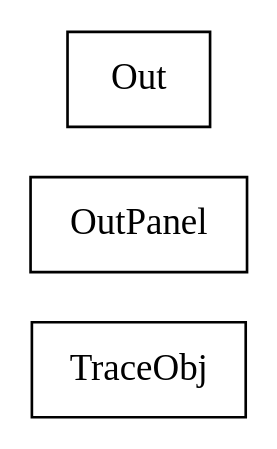
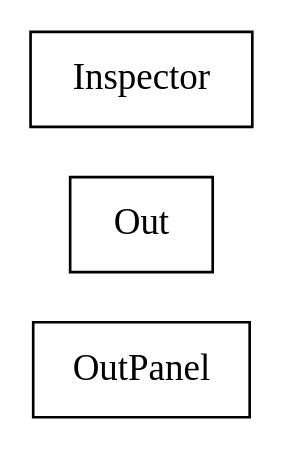
The diagram in docs/com/sekati/log/classes.dot (sekati/sasapi), drawn with Graphviz before and after one commit. The commit also changed 126 other files, not shown here.

```diff
--- a/docs/com/sekati/log/classes.dot
+++ b/docs/com/sekati/log/classes.dot
@@ -1,21 +1,21 @@
 strict digraph class_diagram {
   rankdir=LR;
-  TypeTraceObj[
-    label="TraceObj",
-    URL="TraceObj.html",
-    tooltip="com.sekati.log.TraceObj",
-    shape="record"
-  ];
   TypeOutPanel[
     label="OutPanel",
     URL="OutPanel.html",
     tooltip="com.sekati.log.OutPanel",
     shape="record"
   ];
   TypeOut[
     label="Out",
     URL="Out.html",
     tooltip="com.sekati.log.Out",
     shape="record"
   ];
+  TypeInspector[
+    label="Inspector",
+    URL="Inspector.html",
+    tooltip="com.sekati.log.Inspector",
+    shape="record"
+  ];
 }
```
